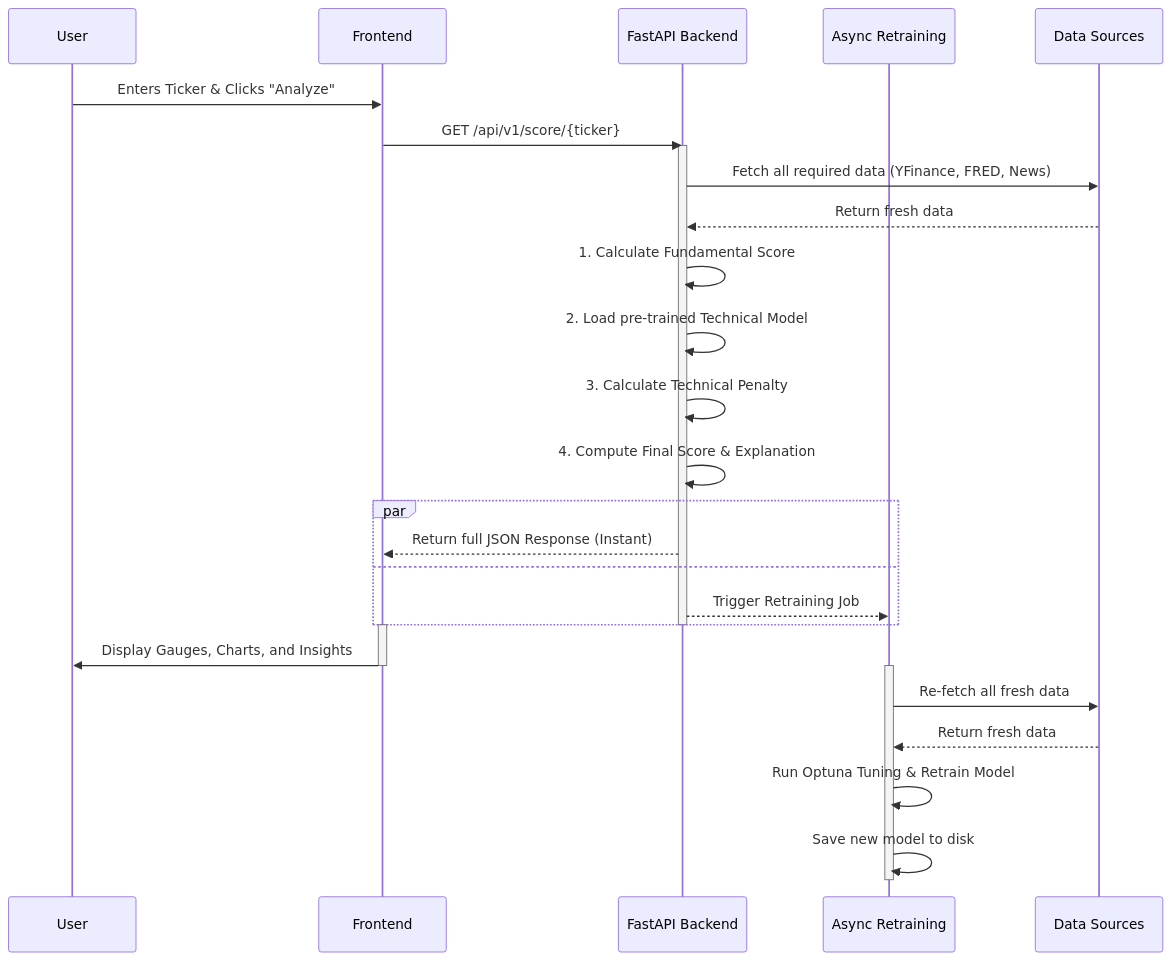
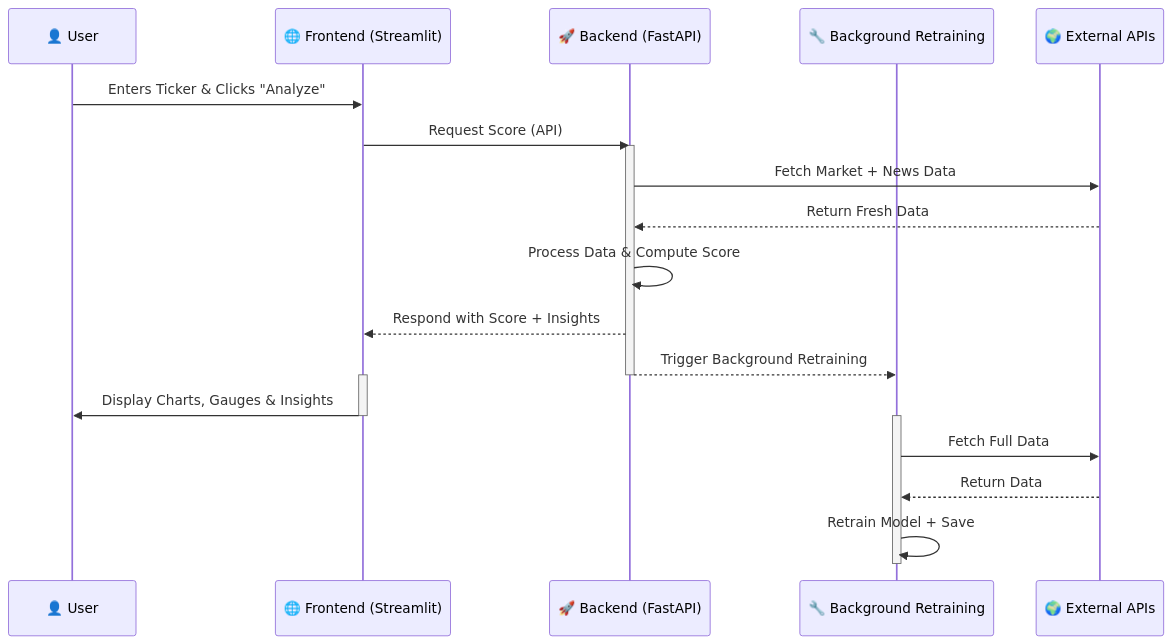
One commit to HarshitK2814/Credit-Risk-Project changed the second of 2 diagrams in README.md. Above: the diagram before and after it, drawn with Mermaid. The commit also changed other lines of this file, not shown here.

````diff
--- a/README.md
+++ b/README.md
@@ -89,38 +110,34 @@
 ```mermaid
 sequenceDiagram
-    participant User
-    participant Frontend
-    participant BackendAPI as FastAPI Backend
-    participant BackgroundTask as Async Retraining
-    participant ExternalAPIs as Data Sources
+    %% Participants
+    participant User as 👤 User
+    participant Frontend as 🌐 Frontend (Streamlit)
+    participant Backend as 🚀 Backend (FastAPI)
+    participant AsyncJob as 🔧 Background Retraining
+    participant External as 🌍 External APIs
 
+    %% User initiates request
     User->>Frontend: Enters Ticker & Clicks "Analyze"
-    Frontend->>BackendAPI: GET /api/v1/score/{ticker}
-    
-    activate BackendAPI
-    BackendAPI->>ExternalAPIs: Fetch all required data (YFinance, FRED, News)
-    ExternalAPIs-->>BackendAPI: Return fresh data
-    
-    BackendAPI->>BackendAPI: 1. Calculate Fundamental Score
-    BackendAPI->>BackendAPI: 2. Load pre-trained Technical Model
-    BackendAPI->>BackendAPI: 3. Calculate Technical Penalty
-    BackendAPI->>BackendAPI: 4. Compute Final Score & Explanation
-    
-    par
-        BackendAPI-->>Frontend: Return full JSON Response (Instant)
-        and
-        BackendAPI-->>BackgroundTask: Trigger Retraining Job
-    end
-    deactivate BackendAPI
+    Frontend->>Backend: Request Score (API)
 
+    activate Backend
+    Backend->>External: Fetch Market + News Data
+    External-->>Backend: Return Fresh Data
+
+    Backend->>Backend: Process Data & Compute Score
+    Backend-->>Frontend: Respond with Score + Insights
+    Backend-->>AsyncJob: Trigger Background Retraining
+    deactivate Backend
+
+    %% Frontend response
     activate Frontend
-    Frontend->>User: Display Gauges, Charts, and Insights
+    Frontend->>User: Display Charts, Gauges & Insights
     deactivate Frontend
 
-    activate BackgroundTask
-    BackgroundTask->>ExternalAPIs: Re-fetch all fresh data
-    ExternalAPIs-->>BackgroundTask: Return fresh data
-    BackgroundTask->>BackgroundTask: Run Optuna Tuning & Retrain Model
-    BackgroundTask->>BackgroundTask: Save new model to disk
-    deactivate BackgroundTask
+    %% Background async job
+    activate AsyncJob
+    AsyncJob->>External: Fetch Full Data
+    External-->>AsyncJob: Return Data
+    AsyncJob->>AsyncJob: Retrain Model + Save
+    deactivate AsyncJob
 ```
````
